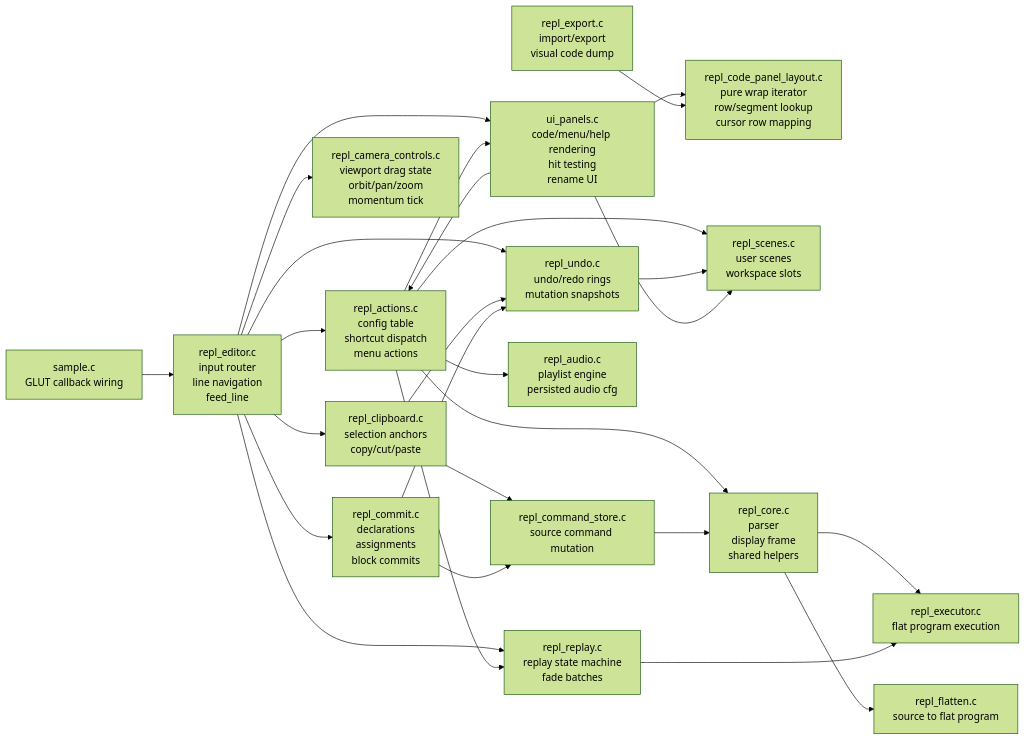
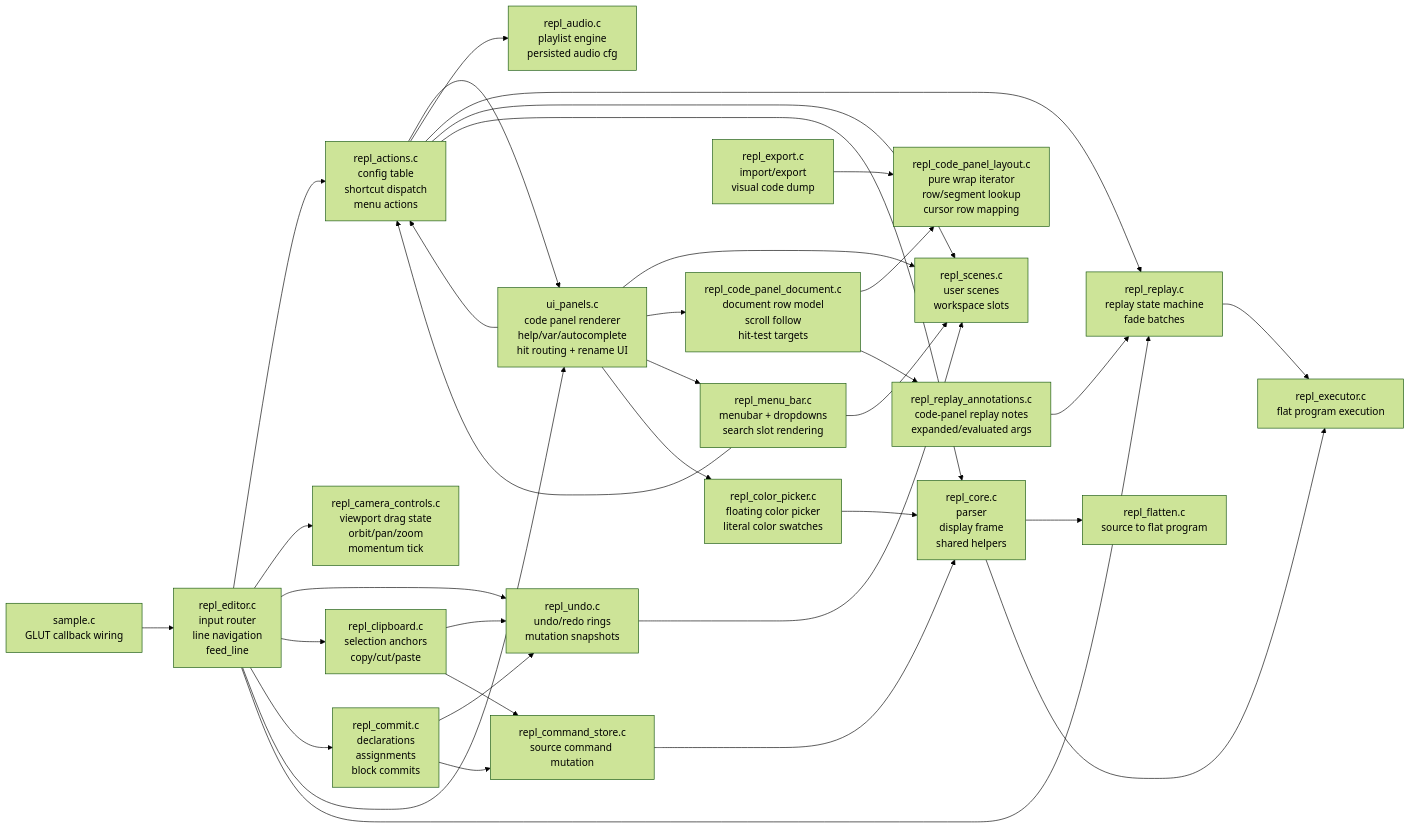
One commit to drewwoods/gl-repl changed the diagram in REPL_REFACTOR_MAP.md. Above: the diagram before and after it, drawn with Mermaid (forest theme). The commit also changed other lines of this file and 15 other files, not shown here.

Commit message:
refactor: split code panel UI responsibilities

````diff
--- a/REPL_REFACTOR_MAP.md
+++ b/REPL_REFACTOR_MAP.md
@@ -7,52 +7,64 @@
 ```mermaid
 flowchart LR
     sample["sample.c<br/>GLUT callback wiring"]
     editor["repl_editor.c<br/>input router<br/>line navigation<br/>feed_line"]
 
     actions["repl_actions.c<br/>config table<br/>shortcut dispatch<br/>menu actions"]
     camera["repl_camera_controls.c<br/>viewport drag state<br/>orbit/pan/zoom<br/>momentum tick"]
     undo["repl_undo.c<br/>undo/redo rings<br/>mutation snapshots"]
     clipboard["repl_clipboard.c<br/>selection anchors<br/>copy/cut/paste"]
     commit["repl_commit.c<br/>declarations<br/>assignments<br/>block commits"]
     store["repl_command_store.c<br/>source command mutation"]
 
-    ui["ui_panels.c<br/>code/menu/help rendering<br/>hit testing<br/>rename UI"]
+    ui["ui_panels.c<br/>code panel renderer<br/>help/var/autocomplete<br/>hit routing + rename UI"]
     layout["repl_code_panel_layout.c<br/>pure wrap iterator<br/>row/segment lookup<br/>cursor row mapping"]
+    docrows["repl_code_panel_document.c<br/>document row model<br/>scroll follow<br/>hit-test targets"]
+    menu["repl_menu_bar.c<br/>menubar + dropdowns<br/>search slot rendering"]
+    color["repl_color_picker.c<br/>floating color picker<br/>literal color swatches"]
+    replay_ann["repl_replay_annotations.c<br/>code-panel replay notes<br/>expanded/evaluated args"]
     export["repl_export.c<br/>import/export<br/>visual code dump"]
     audio["repl_audio.c<br/>playlist engine<br/>persisted audio cfg"]
     replay["repl_replay.c<br/>replay state machine<br/>fade batches"]
     scenes["repl_scenes.c<br/>user scenes<br/>workspace slots"]
     core["repl_core.c<br/>parser<br/>display frame<br/>shared helpers"]
     flatten["repl_flatten.c<br/>source to flat program"]
     exec["repl_executor.c<br/>flat program execution"]
 
     sample --> editor
     editor --> actions
     editor --> camera
     editor --> undo
     editor --> clipboard
     editor --> commit
     editor --> ui
     editor --> replay
 
     actions --> ui
     actions --> audio
     actions --> replay
     actions --> scenes
     actions --> core
 
     clipboard --> undo
     clipboard --> store
     commit --> undo
     commit --> store
     undo --> scenes
     store --> core
 
     core --> flatten
     core --> exec
     replay --> exec
     ui --> actions
     ui --> scenes
-    ui --> layout
+    ui --> docrows
+    ui --> menu
+    ui --> color
+    docrows --> layout
+    docrows --> replay_ann
+    replay_ann --> replay
+    menu --> actions
+    menu --> scenes
+    color --> core
     export --> layout
 ```
````
